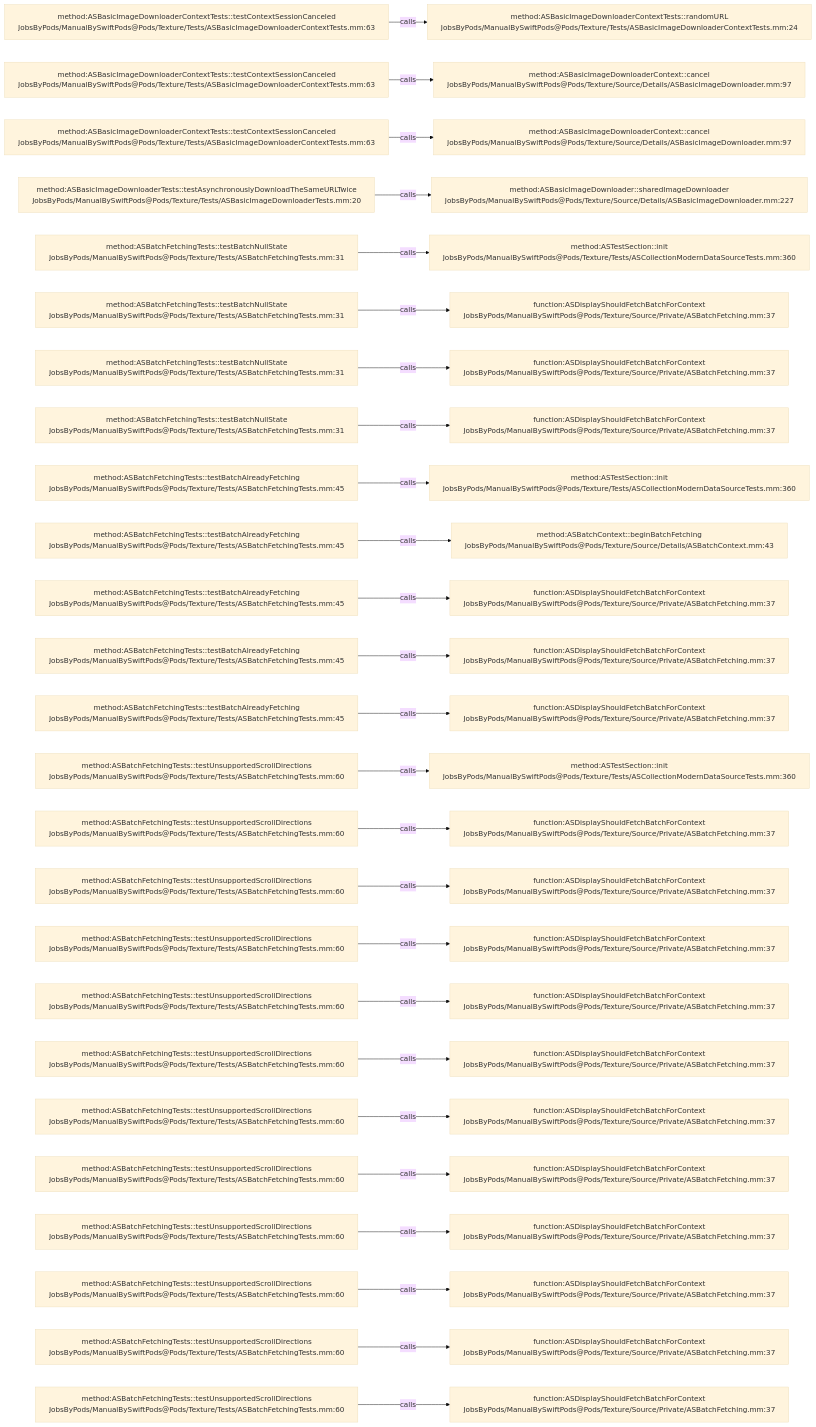
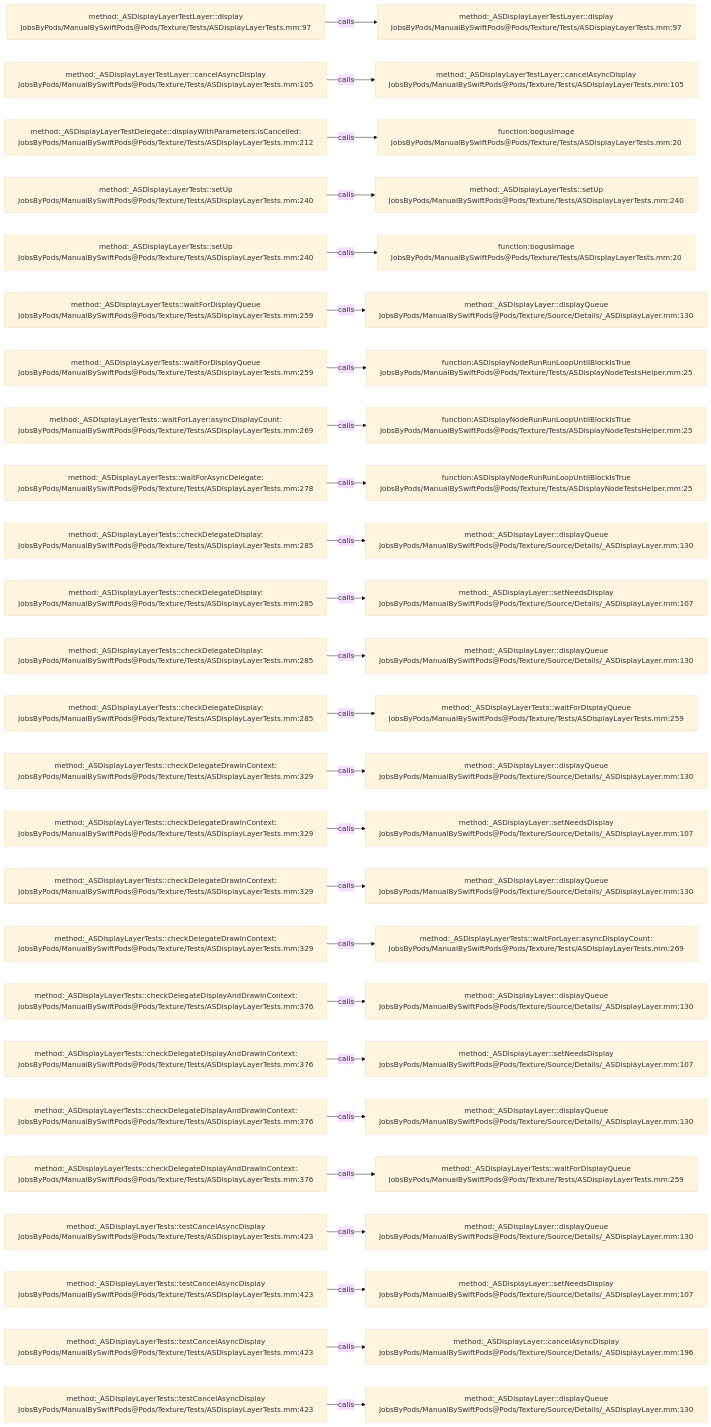
Before and after one commit to JobsKits/JobsSwiftBaseConfigDemo: the diagram in .codegraph/codegraph.md/graphs/calls-180.md, drawn with Mermaid (base theme). The commit also changed 832 other files, not shown here.

````diff
--- a/.codegraph/codegraph.md/graphs/calls-180.md
+++ b/.codegraph/codegraph.md/graphs/calls-180.md
@@ -13,78 +13,78 @@
 ```mermaid
 flowchart LR
-  S1["method:ASBasicImageDownloaderContextTests::testContextSessionCanceled<br/>JobsByPods/ManualBySwiftPods@Pods/Texture/Tests/ASBasicImageDownloaderContextTests.mm:63"]
-  T1["method:ASBasicImageDownloaderContextTests::randomURL<br/>JobsByPods/ManualBySwiftPods@Pods/Texture/Tests/ASBasicImageDownloaderContextTests.mm:24"]
+  S1["method:_ASDisplayLayerTestLayer::display<br/>JobsByPods/ManualBySwiftPods@Pods/Texture/Tests/ASDisplayLayerTests.mm:97"]
+  T1["method:_ASDisplayLayerTestLayer::display<br/>JobsByPods/ManualBySwiftPods@Pods/Texture/Tests/ASDisplayLayerTests.mm:97"]
   S1 -->|calls| T1
-  S2["method:ASBasicImageDownloaderContextTests::testContextSessionCanceled<br/>JobsByPods/ManualBySwiftPods@Pods/Texture/Tests/ASBasicImageDownloaderContextTests.mm:63"]
-  T2["method:ASBasicImageDownloaderContext::cancel<br/>JobsByPods/ManualBySwiftPods@Pods/Texture/Source/Details/ASBasicImageDownloader.mm:97"]
+  S2["method:_ASDisplayLayerTestLayer::cancelAsyncDisplay<br/>JobsByPods/ManualBySwiftPods@Pods/Texture/Tests/ASDisplayLayerTests.mm:105"]
+  T2["method:_ASDisplayLayerTestLayer::cancelAsyncDisplay<br/>JobsByPods/ManualBySwiftPods@Pods/Texture/Tests/ASDisplayLayerTests.mm:105"]
   S2 -->|calls| T2
-  S3["method:ASBasicImageDownloaderContextTests::testContextSessionCanceled<br/>JobsByPods/ManualBySwiftPods@Pods/Texture/Tests/ASBasicImageDownloaderContextTests.mm:63"]
-  T3["method:ASBasicImageDownloaderContext::cancel<br/>JobsByPods/ManualBySwiftPods@Pods/Texture/Source/Details/ASBasicImageDownloader.mm:97"]
+  S3["method:_ASDisplayLayerTestDelegate::displayWithParameters:isCancelled:<br/>JobsByPods/ManualBySwiftPods@Pods/Texture/Tests/ASDisplayLayerTests.mm:212"]
+  T3["function:bogusImage<br/>JobsByPods/ManualBySwiftPods@Pods/Texture/Tests/ASDisplayLayerTests.mm:20"]
   S3 -->|calls| T3
-  S4["method:ASBasicImageDownloaderTests::testAsynchronouslyDownloadTheSameURLTwice<br/>JobsByPods/ManualBySwiftPods@Pods/Texture/Tests/ASBasicImageDownloaderTests.mm:20"]
-  T4["method:ASBasicImageDownloader::sharedImageDownloader<br/>JobsByPods/ManualBySwiftPods@Pods/Texture/Source/Details/ASBasicImageDownloader.mm:227"]
+  S4["method:_ASDisplayLayerTests::setUp<br/>JobsByPods/ManualBySwiftPods@Pods/Texture/Tests/ASDisplayLayerTests.mm:240"]
+  T4["method:_ASDisplayLayerTests::setUp<br/>JobsByPods/ManualBySwiftPods@Pods/Texture/Tests/ASDisplayLayerTests.mm:240"]
   S4 -->|calls| T4
-  S5["method:ASBatchFetchingTests::testBatchNullState<br/>JobsByPods/ManualBySwiftPods@Pods/Texture/Tests/ASBatchFetchingTests.mm:31"]
-  T5["method:ASTestSection::init<br/>JobsByPods/ManualBySwiftPods@Pods/Texture/Tests/ASCollectionModernDataSourceTests.mm:360"]
+  S5["method:_ASDisplayLayerTests::setUp<br/>JobsByPods/ManualBySwiftPods@Pods/Texture/Tests/ASDisplayLayerTests.mm:240"]
+  T5["function:bogusImage<br/>JobsByPods/ManualBySwiftPods@Pods/Texture/Tests/ASDisplayLayerTests.mm:20"]
   S5 -->|calls| T5
-  S6["method:ASBatchFetchingTests::testBatchNullState<br/>JobsByPods/ManualBySwiftPods@Pods/Texture/Tests/ASBatchFetchingTests.mm:31"]
-  T6["function:ASDisplayShouldFetchBatchForContext<br/>JobsByPods/ManualBySwiftPods@Pods/Texture/Source/Private/ASBatchFetching.mm:37"]
+  S6["method:_ASDisplayLayerTests::waitForDisplayQueue<br/>JobsByPods/ManualBySwiftPods@Pods/Texture/Tests/ASDisplayLayerTests.mm:259"]
+  T6["method:_ASDisplayLayer::displayQueue<br/>JobsByPods/ManualBySwiftPods@Pods/Texture/Source/Details/_ASDisplayLayer.mm:130"]
   S6 -->|calls| T6
-  S7["method:ASBatchFetchingTests::testBatchNullState<br/>JobsByPods/ManualBySwiftPods@Pods/Texture/Tests/ASBatchFetchingTests.mm:31"]
-  T7["function:ASDisplayShouldFetchBatchForContext<br/>JobsByPods/ManualBySwiftPods@Pods/Texture/Source/Private/ASBatchFetching.mm:37"]
+  S7["method:_ASDisplayLayerTests::waitForDisplayQueue<br/>JobsByPods/ManualBySwiftPods@Pods/Texture/Tests/ASDisplayLayerTests.mm:259"]
+  T7["function:ASDisplayNodeRunRunLoopUntilBlockIsTrue<br/>JobsByPods/ManualBySwiftPods@Pods/Texture/Tests/ASDisplayNodeTestsHelper.mm:25"]
   S7 -->|calls| T7
-  S8["method:ASBatchFetchingTests::testBatchNullState<br/>JobsByPods/ManualBySwiftPods@Pods/Texture/Tests/ASBatchFetchingTests.mm:31"]
-  T8["function:ASDisplayShouldFetchBatchForContext<br/>JobsByPods/ManualBySwiftPods@Pods/Texture/Source/Private/ASBatchFetching.mm:37"]
+  S8["method:_ASDisplayLayerTests::waitForLayer:asyncDisplayCount:<br/>JobsByPods/ManualBySwiftPods@Pods/Texture/Tests/ASDisplayLayerTests.mm:269"]
+  T8["function:ASDisplayNodeRunRunLoopUntilBlockIsTrue<br/>JobsByPods/ManualBySwiftPods@Pods/Texture/Tests/ASDisplayNodeTestsHelper.mm:25"]
   S8 -->|calls| T8
-  S9["method:ASBatchFetchingTests::testBatchAlreadyFetching<br/>JobsByPods/ManualBySwiftPods@Pods/Texture/Tests/ASBatchFetchingTests.mm:45"]
-  T9["method:ASTestSection::init<br/>JobsByPods/ManualBySwiftPods@Pods/Texture/Tests/ASCollectionModernDataSourceTests.mm:360"]
+  S9["method:_ASDisplayLayerTests::waitForAsyncDelegate:<br/>JobsByPods/ManualBySwiftPods@Pods/Texture/Tests/ASDisplayLayerTests.mm:278"]
+  T9["function:ASDisplayNodeRunRunLoopUntilBlockIsTrue<br/>JobsByPods/ManualBySwiftPods@Pods/Texture/Tests/ASDisplayNodeTestsHelper.mm:25"]
   S9 -->|calls| T9
-  S10["method:ASBatchFetchingTests::testBatchAlreadyFetching<br/>JobsByPods/ManualBySwiftPods@Pods/Texture/Tests/ASBatchFetchingTests.mm:45"]
-  T10["method:ASBatchContext::beginBatchFetching<br/>JobsByPods/ManualBySwiftPods@Pods/Texture/Source/Details/ASBatchContext.mm:43"]
+  S10["method:_ASDisplayLayerTests::checkDelegateDisplay:<br/>JobsByPods/ManualBySwiftPods@Pods/Texture/Tests/ASDisplayLayerTests.mm:285"]
+  T10["method:_ASDisplayLayer::displayQueue<br/>JobsByPods/ManualBySwiftPods@Pods/Texture/Source/Details/_ASDisplayLayer.mm:130"]
   S10 -->|calls| T10
-  S11["method:ASBatchFetchingTests::testBatchAlreadyFetching<br/>JobsByPods/ManualBySwiftPods@Pods/Texture/Tests/ASBatchFetchingTests.mm:45"]
-  T11["function:ASDisplayShouldFetchBatchForContext<br/>JobsByPods/ManualBySwiftPods@Pods/Texture/Source/Private/ASBatchFetching.mm:37"]
+  S11["method:_ASDisplayLayerTests::checkDelegateDisplay:<br/>JobsByPods/ManualBySwiftPods@Pods/Texture/Tests/ASDisplayLayerTests.mm:285"]
+  T11["method:_ASDisplayLayer::setNeedsDisplay<br/>JobsByPods/ManualBySwiftPods@Pods/Texture/Source/Details/_ASDisplayLayer.mm:107"]
   S11 -->|calls| T11
-  S12["method:ASBatchFetchingTests::testBatchAlreadyFetching<br/>JobsByPods/ManualBySwiftPods@Pods/Texture/Tests/ASBatchFetchingTests.mm:45"]
-  T12["function:ASDisplayShouldFetchBatchForContext<br/>JobsByPods/ManualBySwiftPods@Pods/Texture/Source/Private/ASBatchFetching.mm:37"]
+  S12["method:_ASDisplayLayerTests::checkDelegateDisplay:<br/>JobsByPods/ManualBySwiftPods@Pods/Texture/Tests/ASDisplayLayerTests.mm:285"]
+  T12["method:_ASDisplayLayer::displayQueue<br/>JobsByPods/ManualBySwiftPods@Pods/Texture/Source/Details/_ASDisplayLayer.mm:130"]
   S12 -->|calls| T12
-  S13["method:ASBatchFetchingTests::testBatchAlreadyFetching<br/>JobsByPods/ManualBySwiftPods@Pods/Texture/Tests/ASBatchFetchingTests.mm:45"]
-  T13["function:ASDisplayShouldFetchBatchForContext<br/>JobsByPods/ManualBySwiftPods@Pods/Texture/Source/Private/ASBatchFetching.mm:37"]
+  S13["method:_ASDisplayLayerTests::checkDelegateDisplay:<br/>JobsByPods/ManualBySwiftPods@Pods/Texture/Tests/ASDisplayLayerTests.mm:285"]
+  T13["method:_ASDisplayLayerTests::waitForDisplayQueue<br/>JobsByPods/ManualBySwiftPods@Pods/Texture/Tests/ASDisplayLayerTests.mm:259"]
   S13 -->|calls| T13
-  S14["method:ASBatchFetchingTests::testUnsupportedScrollDirections<br/>JobsByPods/ManualBySwiftPods@Pods/Texture/Tests/ASBatchFetchingTests.mm:60"]
-  T14["method:ASTestSection::init<br/>JobsByPods/ManualBySwiftPods@Pods/Texture/Tests/ASCollectionModernDataSourceTests.mm:360"]
+  S14["method:_ASDisplayLayerTests::checkDelegateDrawInContext:<br/>JobsByPods/ManualBySwiftPods@Pods/Texture/Tests/ASDisplayLayerTests.mm:329"]
+  T14["method:_ASDisplayLayer::displayQueue<br/>JobsByPods/ManualBySwiftPods@Pods/Texture/Source/Details/_ASDisplayLayer.mm:130"]
   S14 -->|calls| T14
-  S15["method:ASBatchFetchingTests::testUnsupportedScrollDirections<br/>JobsByPods/ManualBySwiftPods@Pods/Texture/Tests/ASBatchFetchingTests.mm:60"]
-  T15["function:ASDisplayShouldFetchBatchForContext<br/>JobsByPods/ManualBySwiftPods@Pods/Texture/Source/Private/ASBatchFetching.mm:37"]
+  S15["method:_ASDisplayLayerTests::checkDelegateDrawInContext:<br/>JobsByPods/ManualBySwiftPods@Pods/Texture/Tests/ASDisplayLayerTests.mm:329"]
+  T15["method:_ASDisplayLayer::setNeedsDisplay<br/>JobsByPods/ManualBySwiftPods@Pods/Texture/Source/Details/_ASDisplayLayer.mm:107"]
   S15 -->|calls| T15
-  S16["method:ASBatchFetchingTests::testUnsupportedScrollDirections<br/>JobsByPods/ManualBySwiftPods@Pods/Texture/Tests/ASBatchFetchingTests.mm:60"]
-  T16["function:ASDisplayShouldFetchBatchForContext<br/>JobsByPods/ManualBySwiftPods@Pods/Texture/Source/Private/ASBatchFetching.mm:37"]
+  S16["method:_ASDisplayLayerTests::checkDelegateDrawInContext:<br/>JobsByPods/ManualBySwiftPods@Pods/Texture/Tests/ASDisplayLayerTests.mm:329"]
+  T16["method:_ASDisplayLayer::displayQueue<br/>JobsByPods/ManualBySwiftPods@Pods/Texture/Source/Details/_ASDisplayLayer.mm:130"]
   S16 -->|calls| T16
-  S17["method:ASBatchFetchingTests::testUnsupportedScrollDirections<br/>JobsByPods/ManualBySwiftPods@Pods/Texture/Tests/ASBatchFetchingTests.mm:60"]
-  T17["function:ASDisplayShouldFetchBatchForContext<br/>JobsByPods/ManualBySwiftPods@Pods/Texture/Source/Private/ASBatchFetching.mm:37"]
+  S17["method:_ASDisplayLayerTests::checkDelegateDrawInContext:<br/>JobsByPods/ManualBySwiftPods@Pods/Texture/Tests/ASDisplayLayerTests.mm:329"]
+  T17["method:_ASDisplayLayerTests::waitForLayer:asyncDisplayCount:<br/>JobsByPods/ManualBySwiftPods@Pods/Texture/Tests/ASDisplayLayerTests.mm:269"]
   S17 -->|calls| T17
-  S18["method:ASBatchFetchingTests::testUnsupportedScrollDirections<br/>JobsByPods/ManualBySwiftPods@Pods/Texture/Tests/ASBatchFetchingTests.mm:60"]
-  T18["function:ASDisplayShouldFetchBatchForContext<br/>JobsByPods/ManualBySwiftPods@Pods/Texture/Source/Private/ASBatchFetching.mm:37"]
+  S18["method:_ASDisplayLayerTests::checkDelegateDisplayAndDrawInContext:<br/>JobsByPods/ManualBySwiftPods@Pods/Texture/Tests/ASDisplayLayerTests.mm:376"]
+  T18["method:_ASDisplayLayer::displayQueue<br/>JobsByPods/ManualBySwiftPods@Pods/Texture/Source/Details/_ASDisplayLayer.mm:130"]
   S18 -->|calls| T18
-  S19["method:ASBatchFetchingTests::testUnsupportedScrollDirections<br/>JobsByPods/ManualBySwiftPods@Pods/Texture/Tests/ASBatchFetchingTests.mm:60"]
-  T19["function:ASDisplayShouldFetchBatchForContext<br/>JobsByPods/ManualBySwiftPods@Pods/Texture/Source/Private/ASBatchFetching.mm:37"]
+  S19["method:_ASDisplayLayerTests::checkDelegateDisplayAndDrawInContext:<br/>JobsByPods/ManualBySwiftPods@Pods/Texture/Tests/ASDisplayLayerTests.mm:376"]
+  T19["method:_ASDisplayLayer::setNeedsDisplay<br/>JobsByPods/ManualBySwiftPods@Pods/Texture/Source/Details/_ASDisplayLayer.mm:107"]
   S19 -->|calls| T19
-  S20["method:ASBatchFetchingTests::testUnsupportedScrollDirections<br/>JobsByPods/ManualBySwiftPods@Pods/Texture/Tests/ASBatchFetchingTests.mm:60"]
-  T20["function:ASDisplayShouldFetchBatchForContext<br/>JobsByPods/ManualBySwiftPods@Pods/Texture/Source/Private/ASBatchFetching.mm:37"]
+  S20["method:_ASDisplayLayerTests::checkDelegateDisplayAndDrawInContext:<br/>JobsByPods/ManualBySwiftPods@Pods/Texture/Tests/ASDisplayLayerTests.mm:376"]
+  T20["method:_ASDisplayLayer::displayQueue<br/>JobsByPods/ManualBySwiftPods@Pods/Texture/Source/Details/_ASDisplayLayer.mm:130"]
   S20 -->|calls| T20
-  S21["method:ASBatchFetchingTests::testUnsupportedScrollDirections<br/>JobsByPods/ManualBySwiftPods@Pods/Texture/Tests/ASBatchFetchingTests.mm:60"]
-  T21["function:ASDisplayShouldFetchBatchForContext<br/>JobsByPods/ManualBySwiftPods@Pods/Texture/Source/Private/ASBatchFetching.mm:37"]
+  S21["method:_ASDisplayLayerTests::checkDelegateDisplayAndDrawInContext:<br/>JobsByPods/ManualBySwiftPods@Pods/Texture/Tests/ASDisplayLayerTests.mm:376"]
+  T21["method:_ASDisplayLayerTests::waitForDisplayQueue<br/>JobsByPods/ManualBySwiftPods@Pods/Texture/Tests/ASDisplayLayerTests.mm:259"]
   S21 -->|calls| T21
-  S22["method:ASBatchFetchingTests::testUnsupportedScrollDirections<br/>JobsByPods/ManualBySwiftPods@Pods/Texture/Tests/ASBatchFetchingTests.mm:60"]
-  T22["function:ASDisplayShouldFetchBatchForContext<br/>JobsByPods/ManualBySwiftPods@Pods/Texture/Source/Private/ASBatchFetching.mm:37"]
+  S22["method:_ASDisplayLayerTests::testCancelAsyncDisplay<br/>JobsByPods/ManualBySwiftPods@Pods/Texture/Tests/ASDisplayLayerTests.mm:423"]
+  T22["method:_ASDisplayLayer::displayQueue<br/>JobsByPods/ManualBySwiftPods@Pods/Texture/Source/Details/_ASDisplayLayer.mm:130"]
   S22 -->|calls| T22
-  S23["method:ASBatchFetchingTests::testUnsupportedScrollDirections<br/>JobsByPods/ManualBySwiftPods@Pods/Texture/Tests/ASBatchFetchingTests.mm:60"]
-  T23["function:ASDisplayShouldFetchBatchForContext<br/>JobsByPods/ManualBySwiftPods@Pods/Texture/Source/Private/ASBatchFetching.mm:37"]
+  S23["method:_ASDisplayLayerTests::testCancelAsyncDisplay<br/>JobsByPods/ManualBySwiftPods@Pods/Texture/Tests/ASDisplayLayerTests.mm:423"]
+  T23["method:_ASDisplayLayer::setNeedsDisplay<br/>JobsByPods/ManualBySwiftPods@Pods/Texture/Source/Details/_ASDisplayLayer.mm:107"]
   S23 -->|calls| T23
-  S24["method:ASBatchFetchingTests::testUnsupportedScrollDirections<br/>JobsByPods/ManualBySwiftPods@Pods/Texture/Tests/ASBatchFetchingTests.mm:60"]
-  T24["function:ASDisplayShouldFetchBatchForContext<br/>JobsByPods/ManualBySwiftPods@Pods/Texture/Source/Private/ASBatchFetching.mm:37"]
+  S24["method:_ASDisplayLayerTests::testCancelAsyncDisplay<br/>JobsByPods/ManualBySwiftPods@Pods/Texture/Tests/ASDisplayLayerTests.mm:423"]
+  T24["method:_ASDisplayLayer::cancelAsyncDisplay<br/>JobsByPods/ManualBySwiftPods@Pods/Texture/Source/Details/_ASDisplayLayer.mm:196"]
   S24 -->|calls| T24
-  S25["method:ASBatchFetchingTests::testUnsupportedScrollDirections<br/>JobsByPods/ManualBySwiftPods@Pods/Texture/Tests/ASBatchFetchingTests.mm:60"]
-  T25["function:ASDisplayShouldFetchBatchForContext<br/>JobsByPods/ManualBySwiftPods@Pods/Texture/Source/Private/ASBatchFetching.mm:37"]
+  S25["method:_ASDisplayLayerTests::testCancelAsyncDisplay<br/>JobsByPods/ManualBySwiftPods@Pods/Texture/Tests/ASDisplayLayerTests.mm:423"]
+  T25["method:_ASDisplayLayer::displayQueue<br/>JobsByPods/ManualBySwiftPods@Pods/Texture/Source/Details/_ASDisplayLayer.mm:130"]
   S25 -->|calls| T25
 ```
````
